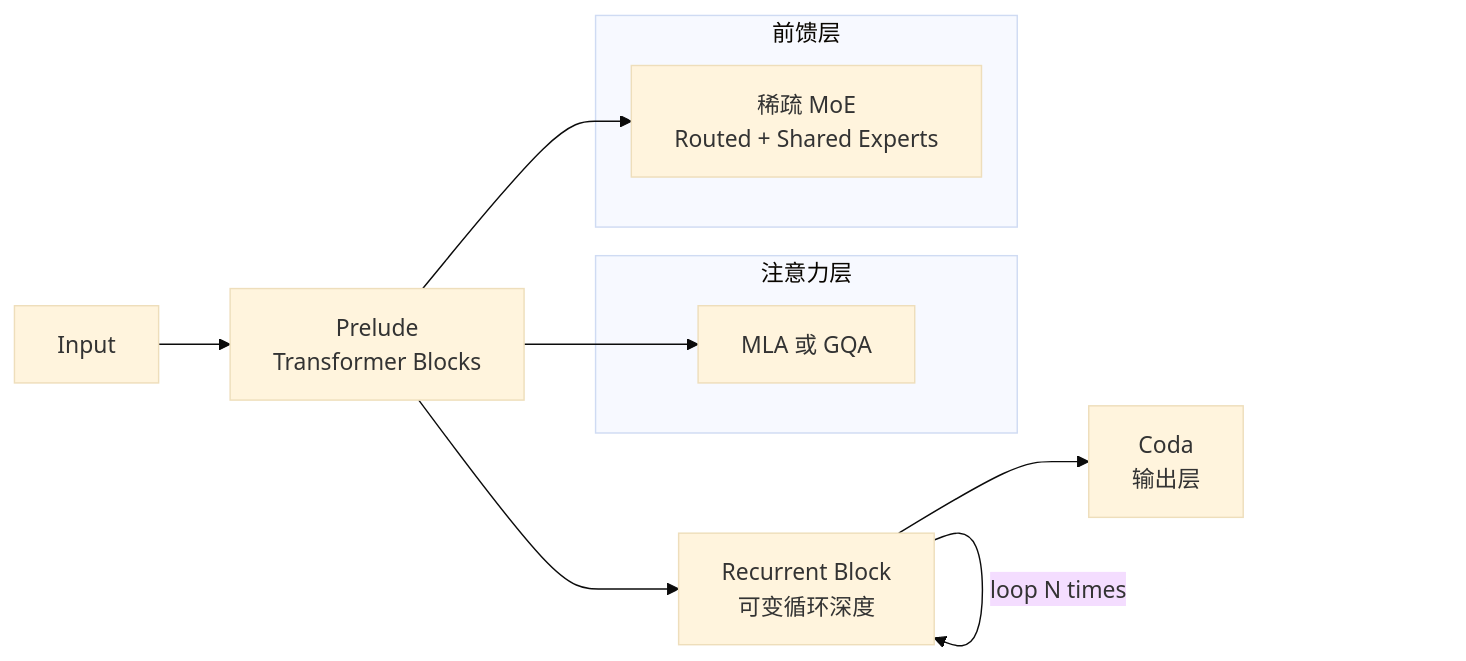
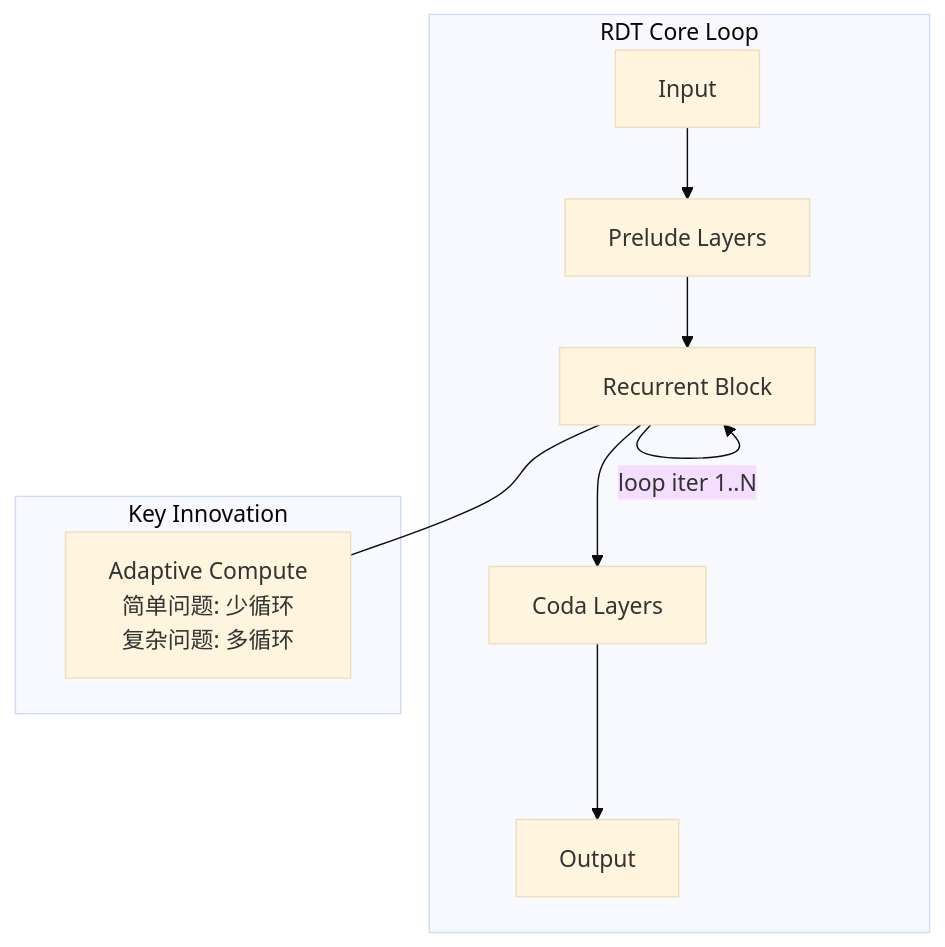
Before and after one commit to lohasle/github-researcher: the diagram in projects/openmythos.md, drawn with Mermaid (base theme). The commit also changed other lines of this file and 27 other files, not shown here.

````diff
--- a/projects/openmythos.md
+++ b/projects/openmythos.md
@@ -40,18 +45,16 @@
 ```mermaid
-graph LR
-    A[Input] --> B[Prelude<br/>Transformer Blocks]
-    B --> C[Recurrent Block<br/>可变循环深度]
-    C -->|loop N times| C
-    C --> D[Coda<br/>输出层]
-    
-    subgraph "注意力层"
-        E[MLA 或 GQA]
+graph TB
+    subgraph "RDT Core Loop"
+        IN[Input] --> PRE[Prelude Layers]
+        PRE --> REC[Recurrent Block]
+        REC --> |"loop iter 1..N"| REC
+        REC --> CODA[Coda Layers]
+        CODA --> OUT[Output]
     end
     
-    subgraph "前馈层"
-        F[稀疏 MoE<br/>Routed + Shared Experts]
+    subgraph "Key Innovation"
+        ADAPT["Adaptive Compute<br/>简单问题: 少循环<br/>复杂问题: 多循环"]
     end
     
-    B --> E
-    B --> F
+    REC --- ADAPT
 ```
````
